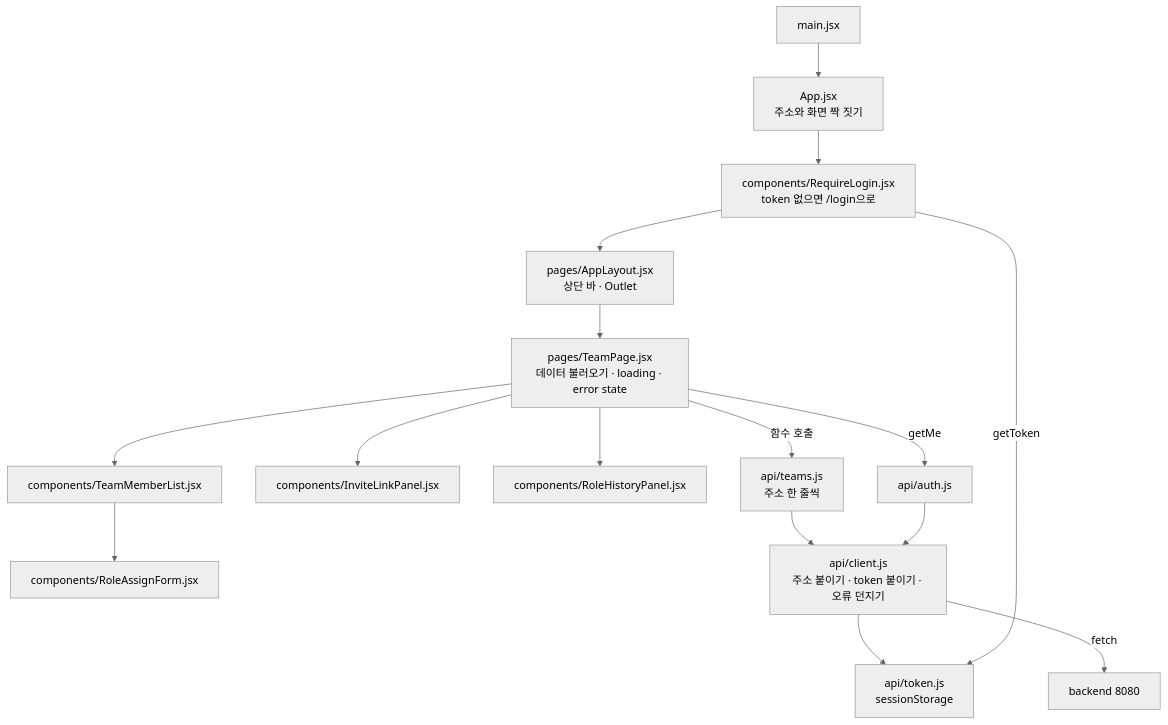
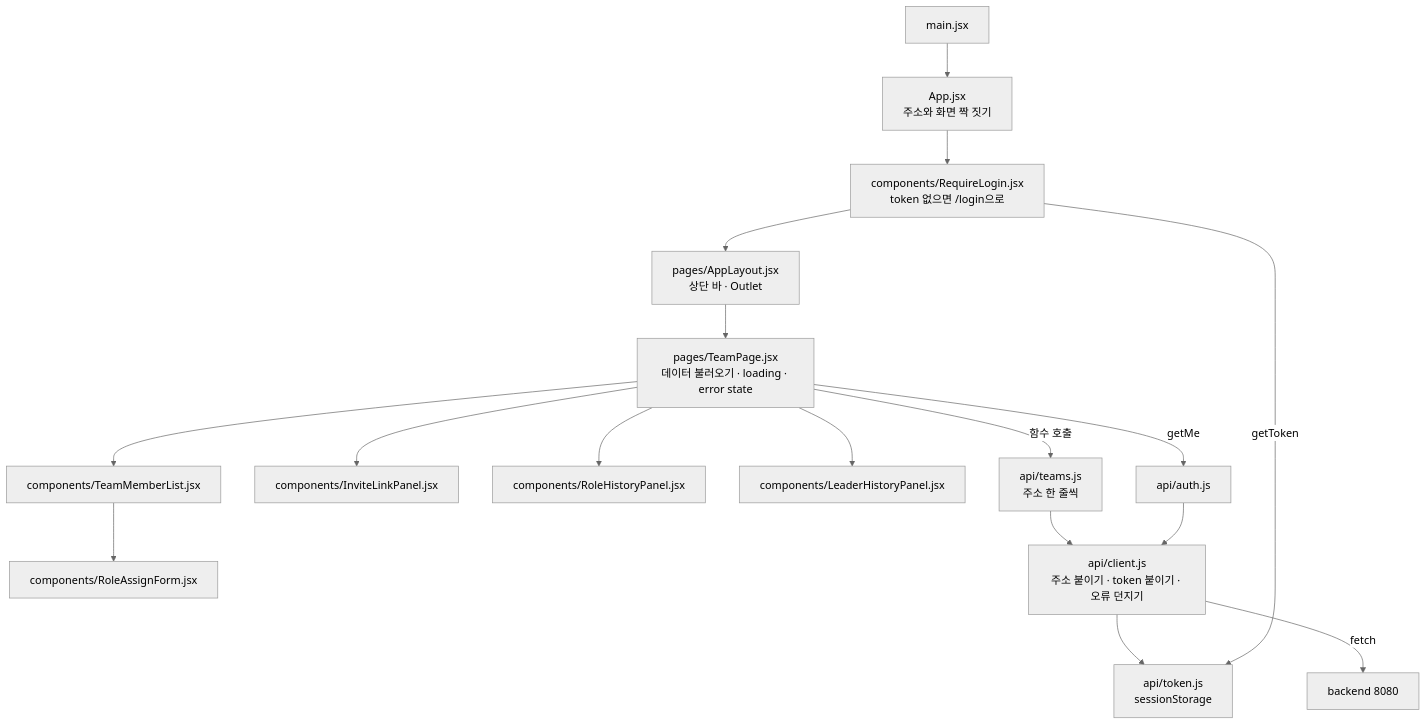
Before and after one commit to Pyrite9/footprint-demo: the fourth of 6 diagrams in docs/architecture.md, drawn with Mermaid (neutral theme). The commit also changed other lines of this file and 26 other files, not shown here.

Commit message:
feat: add team leader change with history

````diff
--- a/docs/architecture.md
+++ b/docs/architecture.md
@@ -134,20 +134,21 @@
 ```mermaid
 flowchart TB
     main["main.jsx"] --> app["App.jsx<br/>주소와 화면 짝 짓기"]
     app --> require["components/RequireLogin.jsx<br/>token 없으면 /login으로"]
     require --> layout["pages/AppLayout.jsx<br/>상단 바 · Outlet"]
     layout --> page["pages/TeamPage.jsx<br/>데이터 불러오기 · loading · error state"]
 
     page --> comp1["components/TeamMemberList.jsx"]
     comp1 --> comp2["components/RoleAssignForm.jsx"]
     page --> comp3["components/InviteLinkPanel.jsx"]
     page --> comp4["components/RoleHistoryPanel.jsx"]
+    page --> comp5["components/LeaderHistoryPanel.jsx"]
 
     page -- "함수 호출" --> api["api/teams.js<br/>주소 한 줄씩"]
     page -- "getMe" --> auth["api/auth.js"]
     api --> client["api/client.js<br/>주소 붙이기 · token 붙이기 · 오류 던지기"]
     auth --> client
     client --> token["api/token.js<br/>sessionStorage"]
     require -- "getToken" --> token
     client -- "fetch" --> server["backend 8080"]
 ```
````
